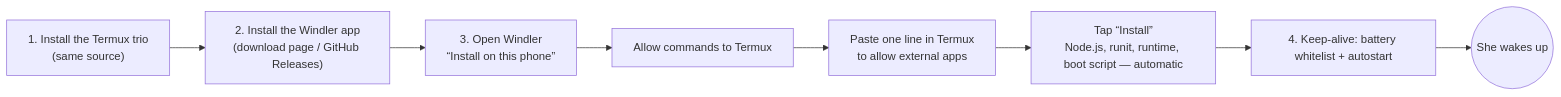
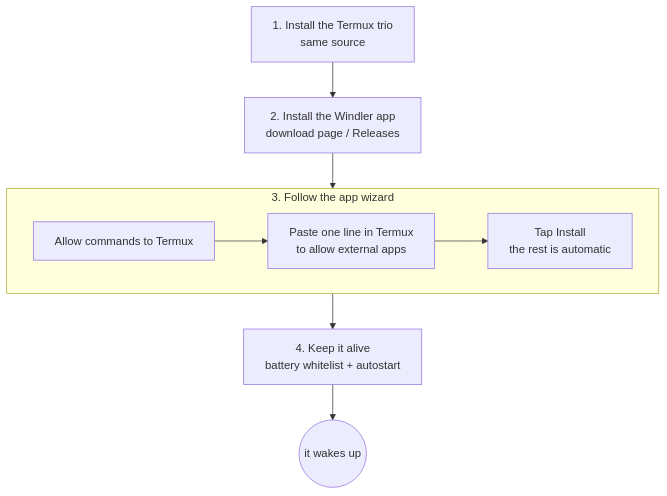
Before and after one commit to Causally-XYZ/Project.Quetzal: the diagram in website/content/docs/en/start/install.md, drawn with Mermaid. The commit also changed 23 other files, not shown here.

Commit message:
文档站图表可读性：mermaid 原尺寸渲染、窄屏横向流程图自动转纵向、宽图缩放或滚动、图表与图片全屏放大查看、时序图自动换行；多张横向流程图改为纵向并精简标签，架构总图改用手绘 SVG

````diff
--- a/website/content/docs/en/start/install.md
+++ b/website/content/docs/en/start/install.md
@@ -10,10 +10,9 @@
 ```mermaid
-flowchart LR
-  A["1. Install the Termux trio<br/>(same source)"] --> B["2. Install the Windler app<br/>(download page / GitHub Releases)"]
-  B --> C["3. Open Windler<br/>“Install on this phone”"]
-  C --> C1["Allow commands to Termux"]
-  C1 --> C2["Paste one line in Termux<br/>to allow external apps"]
-  C2 --> C3["Tap “Install”<br/>Node.js, runit, runtime, boot script — automatic"]
-  C3 --> D["4. Keep-alive: battery whitelist + autostart"]
-  D --> E(("She wakes up"))
+flowchart TB
+  A["1. Install the Termux trio<br/>same source"] --> B["2. Install the Windler app<br/>download page / Releases"] --> C
+  subgraph C["3. Follow the app wizard"]
+    direction LR
+    C1["Allow commands to Termux"] --> C2["Paste one line in Termux<br/>to allow external apps"] --> C3["Tap Install<br/>the rest is automatic"]
+  end
+  C --> D["4. Keep it alive<br/>battery whitelist + autostart"] --> E(("it wakes up"))
 ```
````
